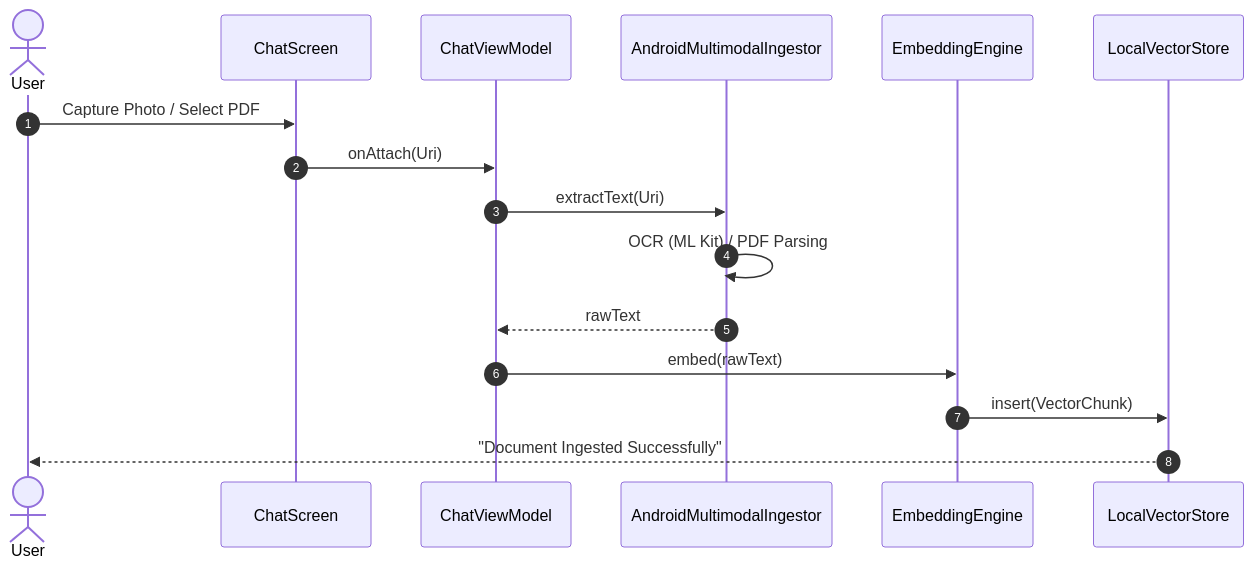
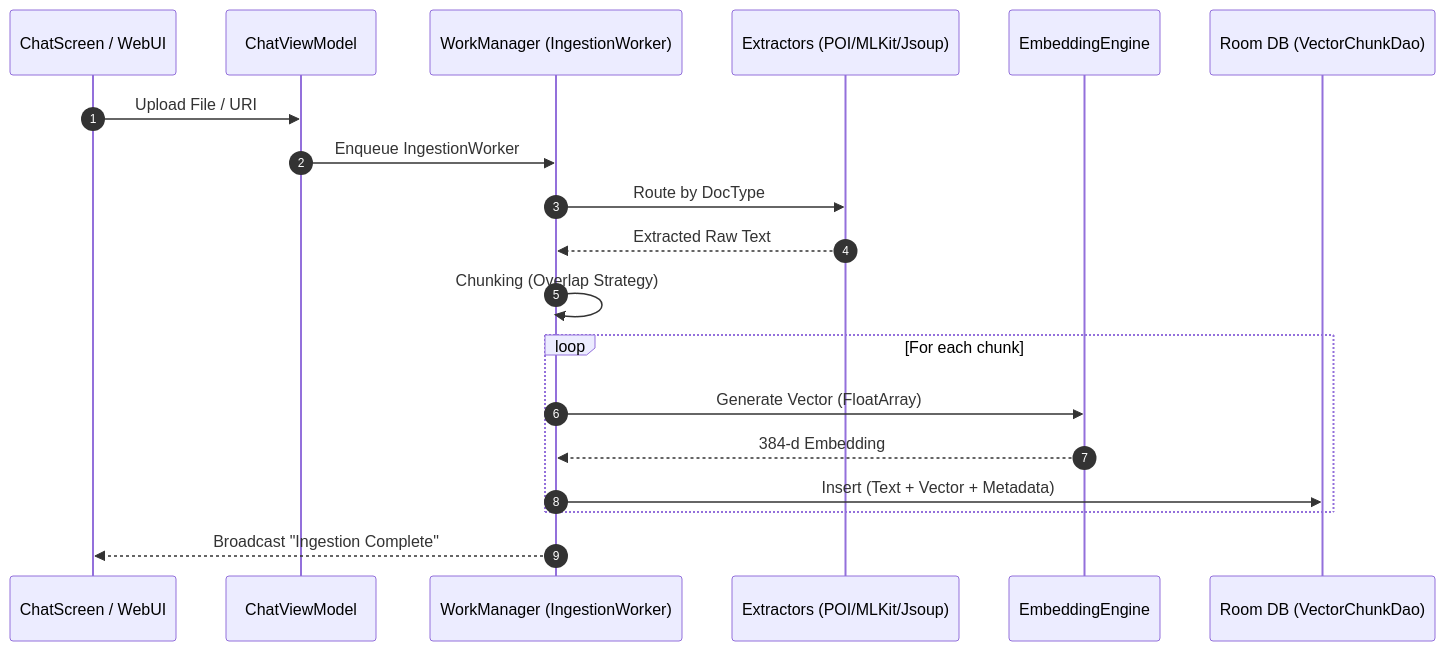
Before and after one commit to kallolchakraborty/Chhanda-AI: the third of 5 diagrams in README.md, drawn with Mermaid. The commit also changed other lines of this file, not shown here.

Commit message:
Docs: Comprehensive README update with extreme details, LLD diagrams, and project philosophy

````diff
--- a/README.md
+++ b/README.md
@@ -74,19 +180,22 @@
 ```mermaid
 sequenceDiagram
     autonumber
-    actor User
-    participant CS as ChatScreen
+    participant UI as ChatScreen / WebUI
     participant VM as ChatViewModel
-    participant ID as AndroidMultimodalIngestor
+    participant WM as WorkManager (IngestionWorker)
+    participant EXT as Extractors (POI/MLKit/Jsoup)
     participant EE as EmbeddingEngine
-    participant VS as LocalVectorStore
+    participant DB as Room DB (VectorChunkDao)
     
-    User->>CS: Capture Photo / Select PDF
-    CS->>VM: onAttach(Uri)
-    VM->>ID: extractText(Uri)
-    ID->>ID: OCR (ML Kit) / PDF Parsing
-    ID-->>VM: rawText
-    VM->>EE: embed(rawText)
-    EE->>VS: insert(VectorChunk)
-    VS-->>User: "Document Ingested Successfully"
+    UI->>VM: Upload File / URI
+    VM->>WM: Enqueue IngestionWorker
+    WM->>EXT: Route by DocType
+    EXT-->>WM: Extracted Raw Text
+    WM->>WM: Chunking (Overlap Strategy)
+    loop For each chunk
+        WM->>EE: Generate Vector (FloatArray)
+        EE-->>WM: 384-d Embedding
+        WM->>DB: Insert (Text + Vector + Metadata)
+    end
+    WM-->>UI: Broadcast "Ingestion Complete"
 ```
````
